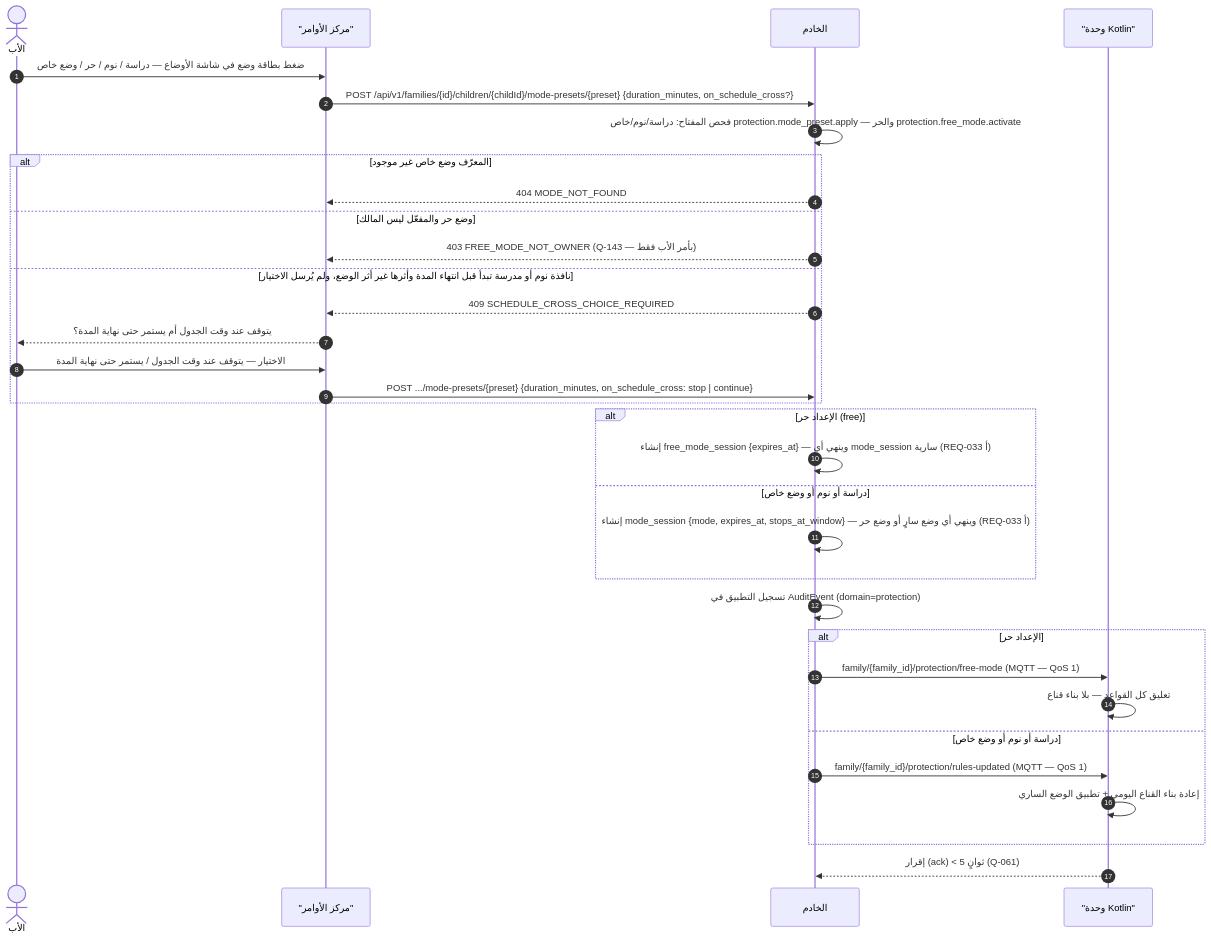
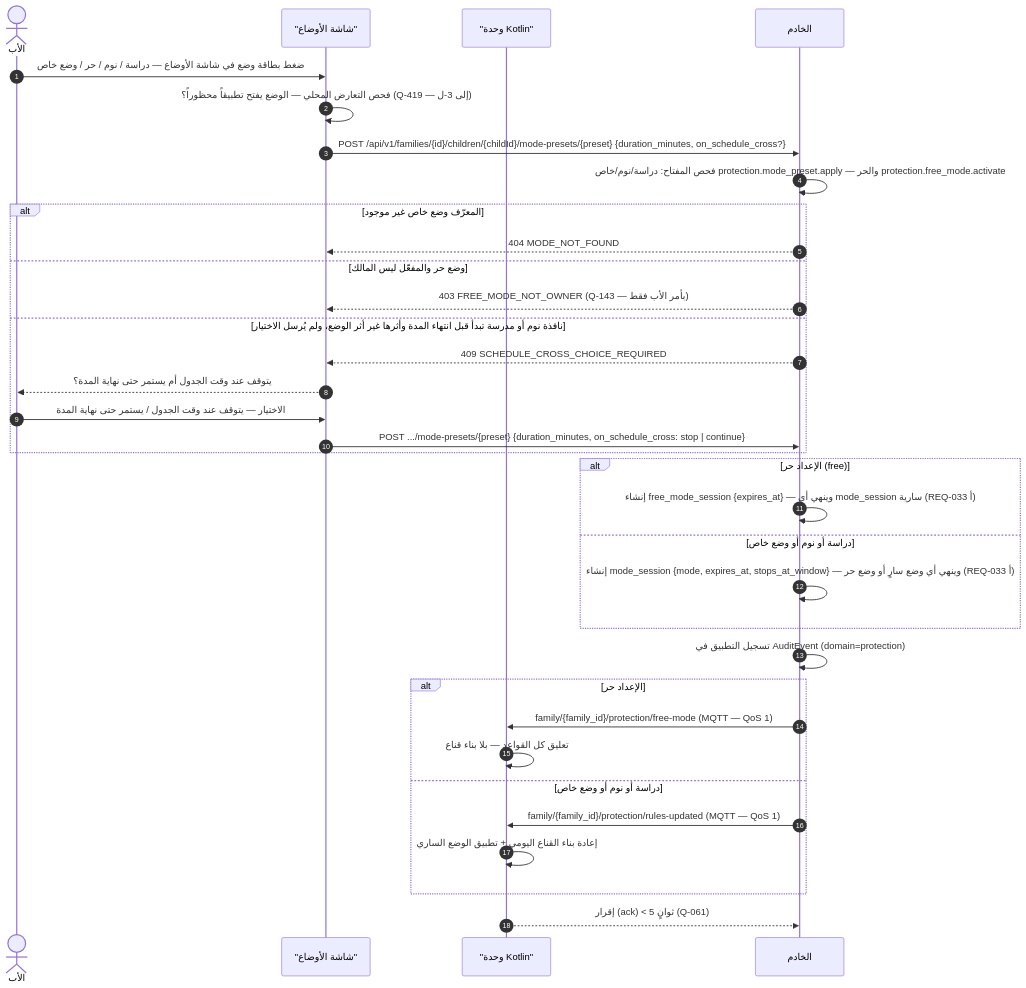
Before and after one commit to Bassam-mohammed-alqaeadi/family-os-v2: diagram 14 of 30 in docs/family-os/governance/phases/phase-1/S1-10-protection-and-enforcement/DIAGRAMS.md, drawn with Mermaid. The commit also changed other lines of this file, not shown here.

````diff
--- a/docs/family-os/governance/phases/phase-1/S1-10-protection-and-enforcement/DIAGRAMS.md
+++ b/docs/family-os/governance/phases/phase-1/S1-10-protection-and-enforcement/DIAGRAMS.md
@@ -557,35 +650,36 @@
 ```mermaid
 sequenceDiagram
     autonumber
     actor Father as الأب
-    participant S109 as "مركز الأوامر"
+    participant S110 as "شاشة الأوضاع"
+    participant K as "وحدة Kotlin"
     participant Ktor as الخادم
-    participant K as "وحدة Kotlin"
-    Father->>S109: ضغط بطاقة وضع في شاشة الأوضاع — دراسة / نوم / حر / وضع خاص
-    S109->>Ktor: POST /api/v1/families/{id}/children/{childId}/mode-presets/{preset} {duration_minutes, on_schedule_cross?}
+    Father->>S110: ضغط بطاقة وضع في شاشة الأوضاع — دراسة / نوم / حر / وضع خاص
+    S110->>S110: فحص التعارض المحلي — الوضع يفتح تطبيقاً محظوراً؟ (Q-419 — إلى 3-ل)
+    S110->>Ktor: POST /api/v1/families/{id}/children/{childId}/mode-presets/{preset} {duration_minutes, on_schedule_cross?}
     Ktor->>Ktor: فحص المفتاح: دراسة/نوم/خاص protection.mode_preset.apply — والحر protection.free_mode.activate
     alt المعرّف وضع خاص غير موجود
-        Ktor-->>S109: 404 MODE_NOT_FOUND
+        Ktor-->>S110: 404 MODE_NOT_FOUND
     else وضع حر والمفعّل ليس المالك
-        Ktor-->>S109: 403 FREE_MODE_NOT_OWNER (Q-143 — بأمر الأب فقط)
+        Ktor-->>S110: 403 FREE_MODE_NOT_OWNER (Q-143 — بأمر الأب فقط)
     else نافذة نوم أو مدرسة تبدأ قبل انتهاء المدة وأثرها غير أثر الوضع، ولم يُرسل الاختيار
-        Ktor-->>S109: 409 SCHEDULE_CROSS_CHOICE_REQUIRED
-        S109-->>Father: يتوقف عند وقت الجدول أم يستمر حتى نهاية المدة؟
-        Father->>S109: الاختيار — يتوقف عند وقت الجدول / يستمر حتى نهاية المدة
-        S109->>Ktor: POST .../mode-presets/{preset} {duration_minutes, on_schedule_cross: stop | continue}
+        Ktor-->>S110: 409 SCHEDULE_CROSS_CHOICE_REQUIRED
+        S110-->>Father: يتوقف عند وقت الجدول أم يستمر حتى نهاية المدة؟
+        Father->>S110: الاختيار — يتوقف عند وقت الجدول / يستمر حتى نهاية المدة
+        S110->>Ktor: POST .../mode-presets/{preset} {duration_minutes, on_schedule_cross: stop | continue}
     end
     alt الإعداد حر (free)
         Ktor->>Ktor: إنشاء free_mode_session {expires_at} — وينهي أي mode_session سارية (REQ-033 أ)
     else دراسة أو نوم أو وضع خاص
         Ktor->>Ktor: إنشاء mode_session {mode, expires_at, stops_at_window} — وينهي أي وضع سارٍ أو وضع حر (REQ-033 أ)
     end
     Ktor->>Ktor: تسجيل التطبيق في AuditEvent (domain=protection)
     alt الإعداد حر
         Ktor->>K: family/{family_id}/protection/free-mode (MQTT — QoS 1)
         K->>K: تعليق كل القواعد — بلا بناء قناع
     else دراسة أو نوم أو وضع خاص
         Ktor->>K: family/{family_id}/protection/rules-updated (MQTT — QoS 1)
         K->>K: إعادة بناء القناع اليومي + تطبيق الوضع الساري
     end
     K-->>Ktor: إقرار (ack) < 5 ثوانٍ (Q-061)
 ```
````
